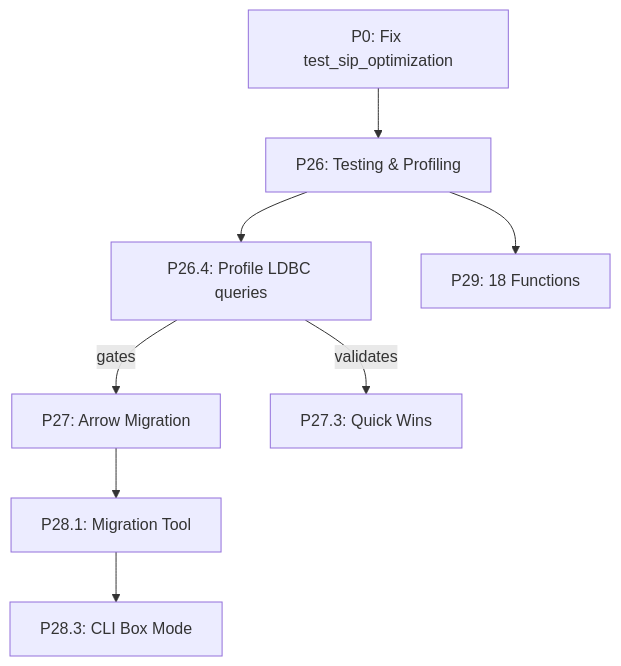
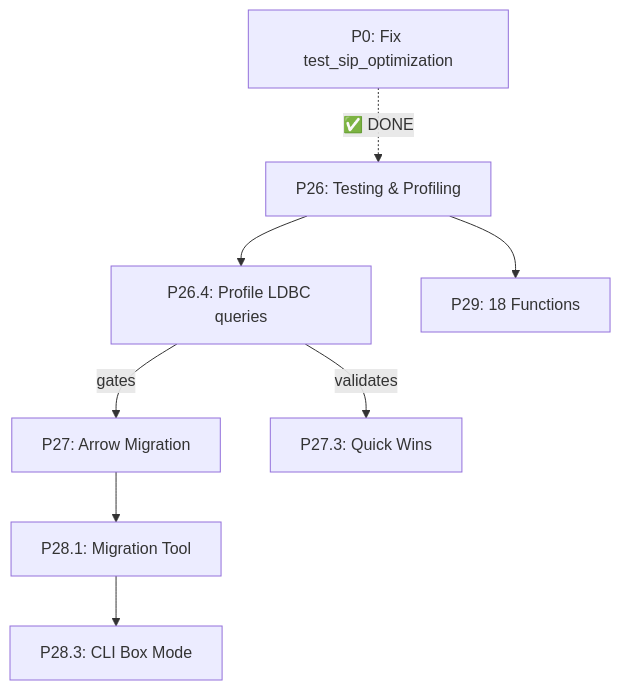
The diagram in kuzu-core/implementation_plan.md (mlengse/akar), drawn with Mermaid before and after one commit. The commit also changed other lines of this file and 10 other files, not shown here.

````diff
--- a/kuzu-core/implementation_plan.md
+++ b/kuzu-core/implementation_plan.md
@@ -191,10 +191,10 @@
 ```mermaid
 graph TD
-    P0["P0: Fix test_sip_optimization"] --> P26["P26: Testing & Profiling"]
+    P0["P0: Fix test_sip_optimization"] -.->|✅ DONE| P26["P26: Testing & Profiling"]
     P26 --> P26_4["P26.4: Profile LDBC queries"]
     P26_4 -->|gates| P27["P27: Arrow Migration"]
     P26_4 -->|validates| P27_3["P27.3: Quick Wins"]
     P27 --> P28_1["P28.1: Migration Tool"]
     P28_1 --> P28_3["P28.3: CLI Box Mode"]
     P26 --> P29["P29: 18 Functions"]
 ```
````
